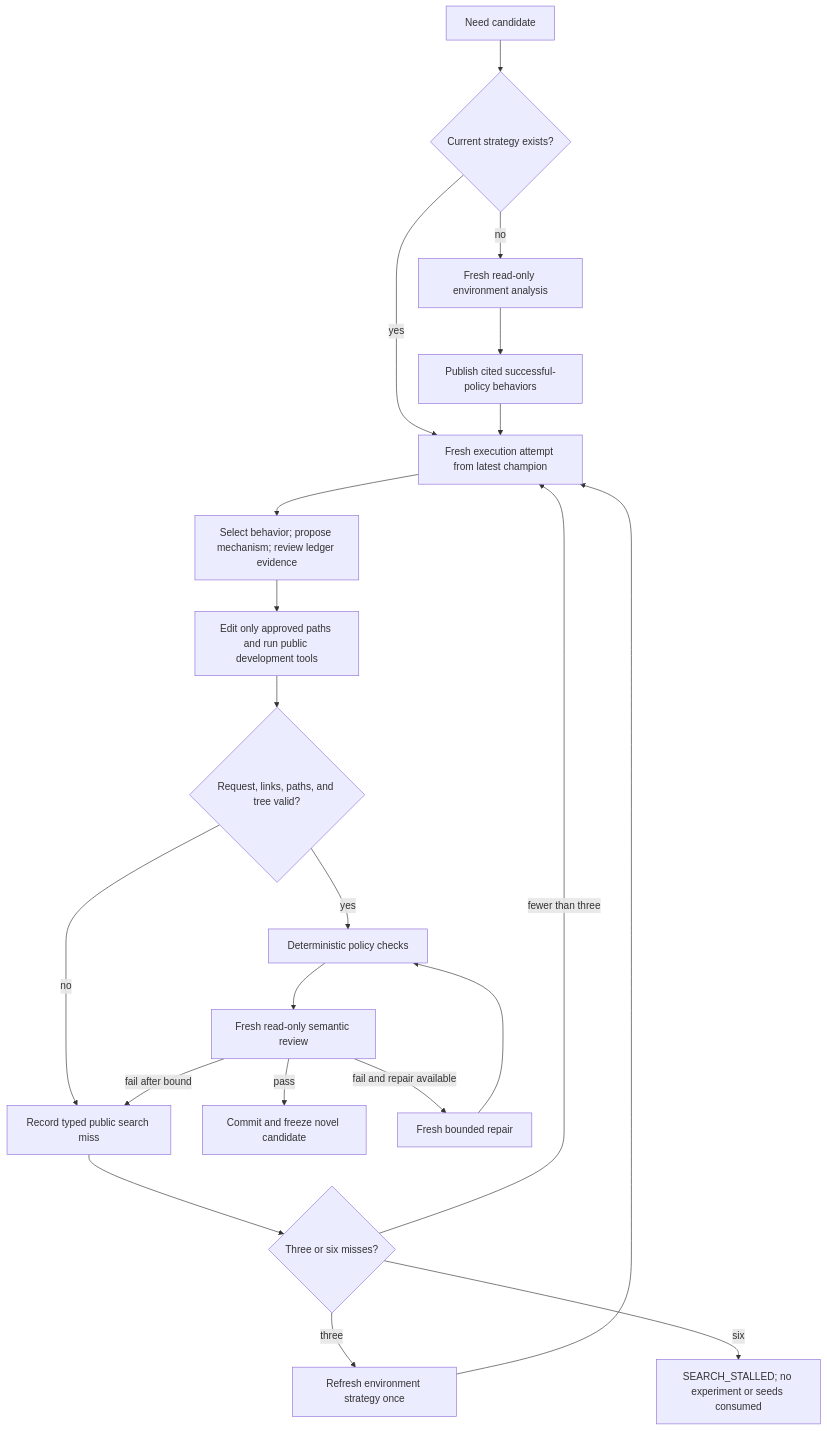
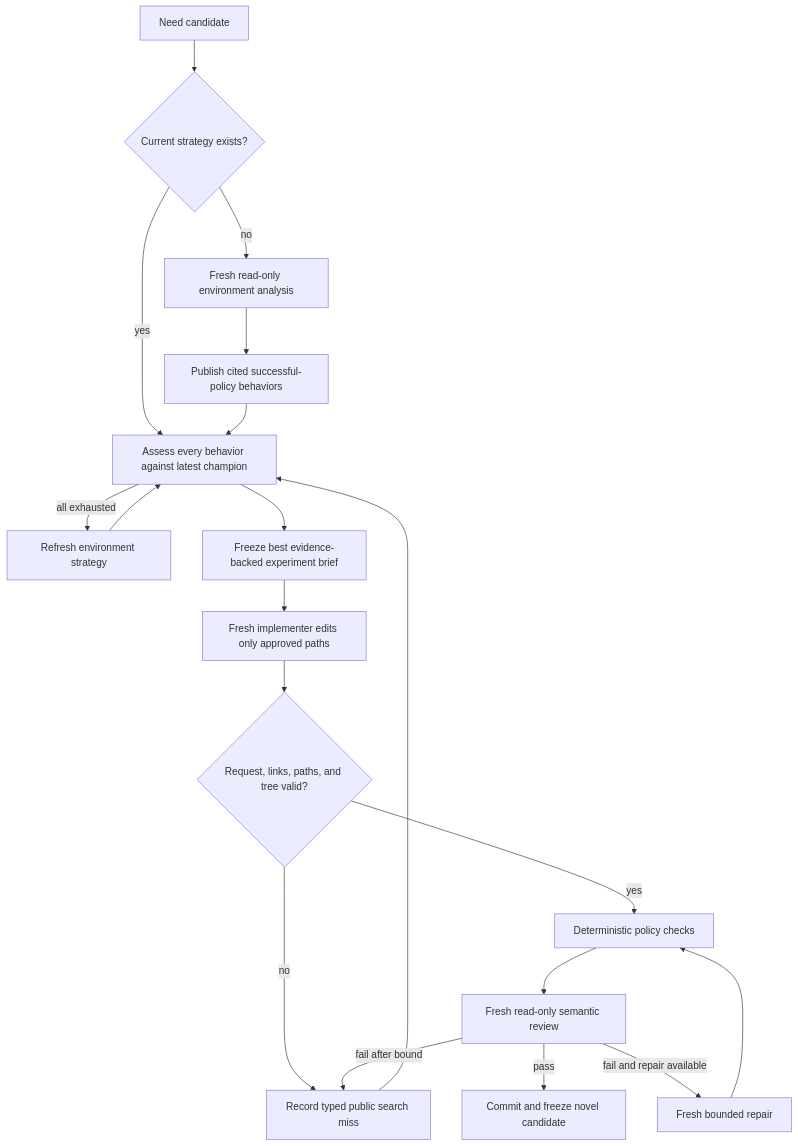
Before and after one commit to N00bcak/arctl: the fourth of 7 diagrams in docs/design.md, drawn with Mermaid. The commit also changed other lines of this file and 17 other files, not shown here.

````diff
--- a/docs/design.md
+++ b/docs/design.md
@@ -158,23 +159,21 @@
 ```mermaid
 flowchart TD
     START[Need candidate] --> STRAT{Current strategy exists?}
     STRAT -->|no| ANALYZE[Fresh read-only environment analysis]
-    STRAT -->|yes| ATTEMPT
+    STRAT -->|yes| PLAN
     ANALYZE --> BEHAVIOR[Publish cited successful-policy behaviors]
-    BEHAVIOR --> ATTEMPT[Fresh execution attempt from latest champion]
-    ATTEMPT --> REQUEST[Select behavior; propose mechanism; review ledger evidence]
-    REQUEST --> EDIT[Edit only approved paths and run public development tools]
+    BEHAVIOR --> PLAN[Assess every behavior against latest champion]
+    PLAN -->|all exhausted| REFRESH[Refresh environment strategy]
+    REFRESH --> PLAN
+    PLAN --> REQUEST[Freeze best evidence-backed experiment brief]
+    REQUEST --> EDIT[Fresh implementer edits only approved paths]
     EDIT --> VALIDATE{Request, links, paths, and tree valid?}
     VALIDATE -->|no| MISS[Record typed public search miss]
     VALIDATE -->|yes| GUARD[Deterministic policy checks]
     GUARD --> REVIEW[Fresh read-only semantic review]
     REVIEW -->|pass| FREEZE[Commit and freeze novel candidate]
     REVIEW -->|fail and repair available| REPAIR[Fresh bounded repair]
     REPAIR --> GUARD
     REVIEW -->|fail after bound| MISS
-    MISS --> COUNT{Three or six misses?}
-    COUNT -->|fewer than three| ATTEMPT
-    COUNT -->|three| REFRESH[Refresh environment strategy once]
-    REFRESH --> ATTEMPT
-    COUNT -->|six| STALL[SEARCH_STALLED; no experiment or seeds consumed]
+    MISS --> PLAN
 ```
````
